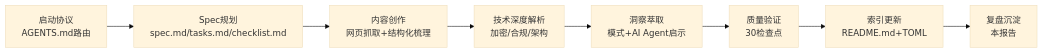
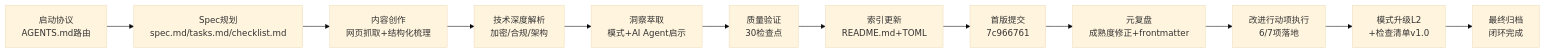
Before and after one commit to xinetzone/SpecWeave: the diagram in docs/retrospective/reports/competitive-analysis/retrospective-sunlogin-security-wiki-20260704/execution-retrospective.md, drawn with Mermaid (base theme). The commit also changed other lines of this file and 1 other file, not shown here.

````diff
--- a/docs/retrospective/reports/competitive-analysis/retrospective-sunlogin-security-wiki-20260704/execution-retrospective.md
+++ b/docs/retrospective/reports/competitive-analysis/retrospective-sunlogin-security-wiki-20260704/execution-retrospective.md
@@ -10,10 +10,14 @@
 ```mermaid
 flowchart LR
     A["启动协议<br>AGENTS.md路由"] --> B["Spec规划<br>spec.md/tasks.md/checklist.md"]
     B --> C["内容创作<br>网页抓取+结构化梳理"]
     C --> D["技术深度解析<br>加密/合规/架构"]
     D --> E["洞察萃取<br>模式+AI Agent启示"]
     E --> F["质量验证<br>30检查点"]
     F --> G["索引更新<br>README.md+TOML"]
-    G --> H["复盘沉淀<br>本报告"]
+    G --> H["首版提交<br>7c966761"]
+    H --> I["元复盘<br>成熟度修正+frontmatter"]
+    I --> J["改进行动项执行<br>6/7项落地"]
+    J --> K["模式升级L2<br>+检查清单v1.0"]
+    K --> L["最终归档<br>闭环完成"]
 ```
````
